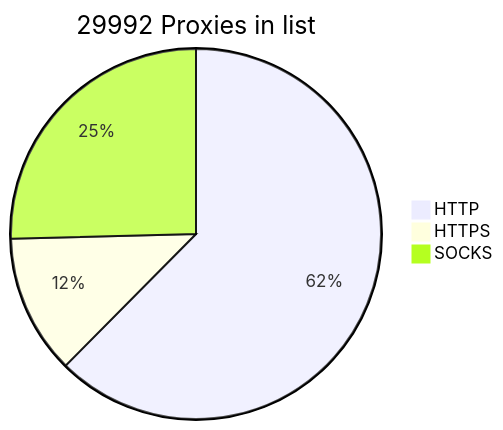
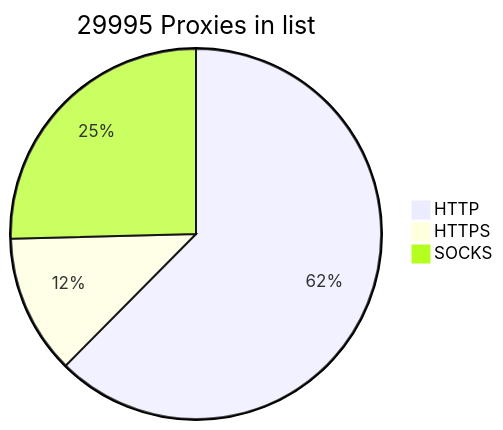
The diagram in README.md (BlackSnowDot/proxylist-update-every-minute), drawn with Mermaid before and after one commit.

````diff
--- a/README.md
+++ b/README.md
@@ -2,6 +2,6 @@
 ```mermaid
-pie title 29992 Proxies in list
-    "HTTP" : 20582
-    "HTTPS": 4011
-    "SOCKS" : 8378
+pie title 29995 Proxies in list
+    "HTTP" : 20583
+    "HTTPS": 4013
+    "SOCKS" : 8379
 ```
````
